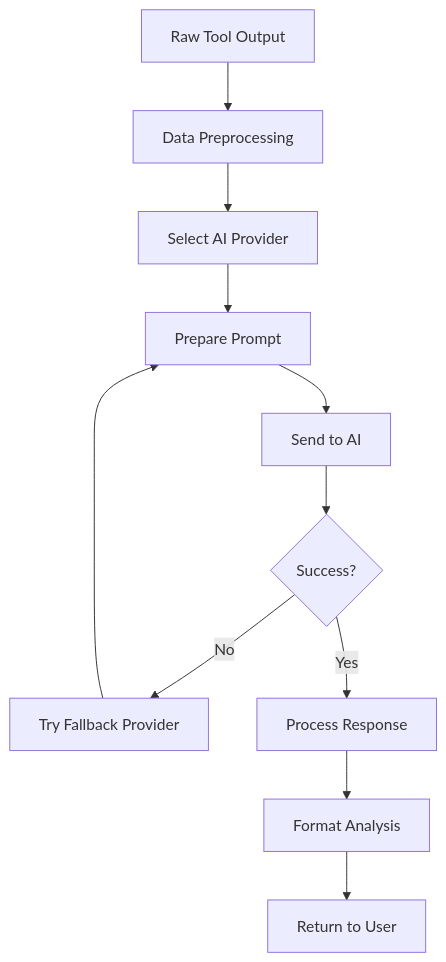
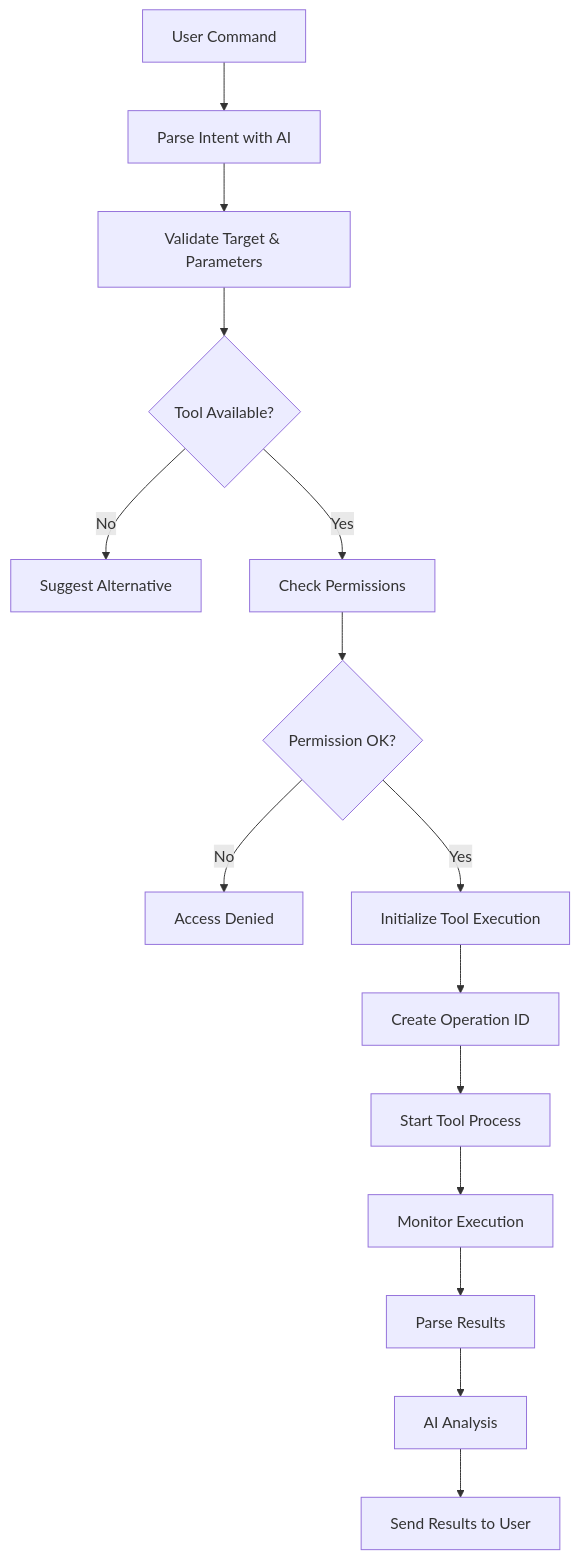
Before and after one commit to mfpm15/jaeger-ai-ultimate: the third of 4 diagrams in docs/PROCESS_FLOW.md, drawn with Mermaid. The commit also changed other lines of this file and 7 other files, not shown here.

````diff
--- a/docs/PROCESS_FLOW.md
+++ b/docs/PROCESS_FLOW.md
@@ -164,13 +327,17 @@
 ```mermaid
 graph TD
-    A[Raw Tool Output] --> B[Data Preprocessing]
-    B --> C[Select AI Provider]
-    C --> D[Prepare Prompt]
-    D --> E[Send to AI]
-    E --> F{Success?}
-    F -->|No| G[Try Fallback Provider]
-    F -->|Yes| H[Process Response]
-    G --> D
-    H --> I[Format Analysis]
-    I --> J[Return to User]
+    A[User Command] --> B[Parse Intent with AI]
+    B --> C[Validate Target & Parameters]
+    C --> D{Tool Available?}
+    D -->|No| E[Suggest Alternative]
+    D -->|Yes| F[Check Permissions]
+    F --> G{Permission OK?}
+    G -->|No| H[Access Denied]
+    G -->|Yes| I[Initialize Tool Execution]
+    I --> J[Create Operation ID]
+    J --> K[Start Tool Process]
+    K --> L[Monitor Execution]
+    L --> M[Parse Results]
+    M --> N[AI Analysis]
+    N --> O[Send Results to User]
 ```
````
